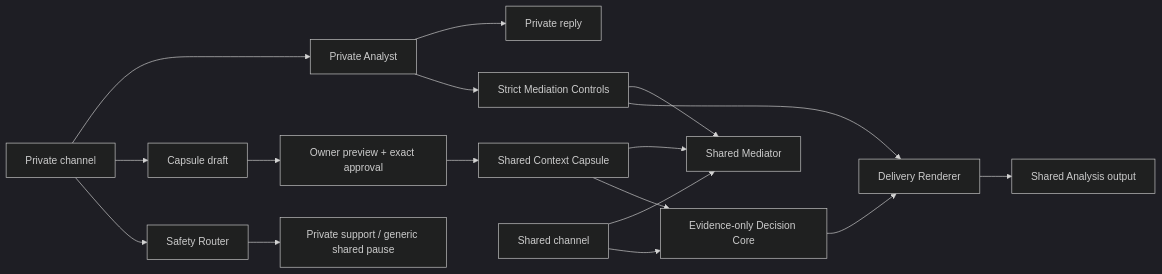
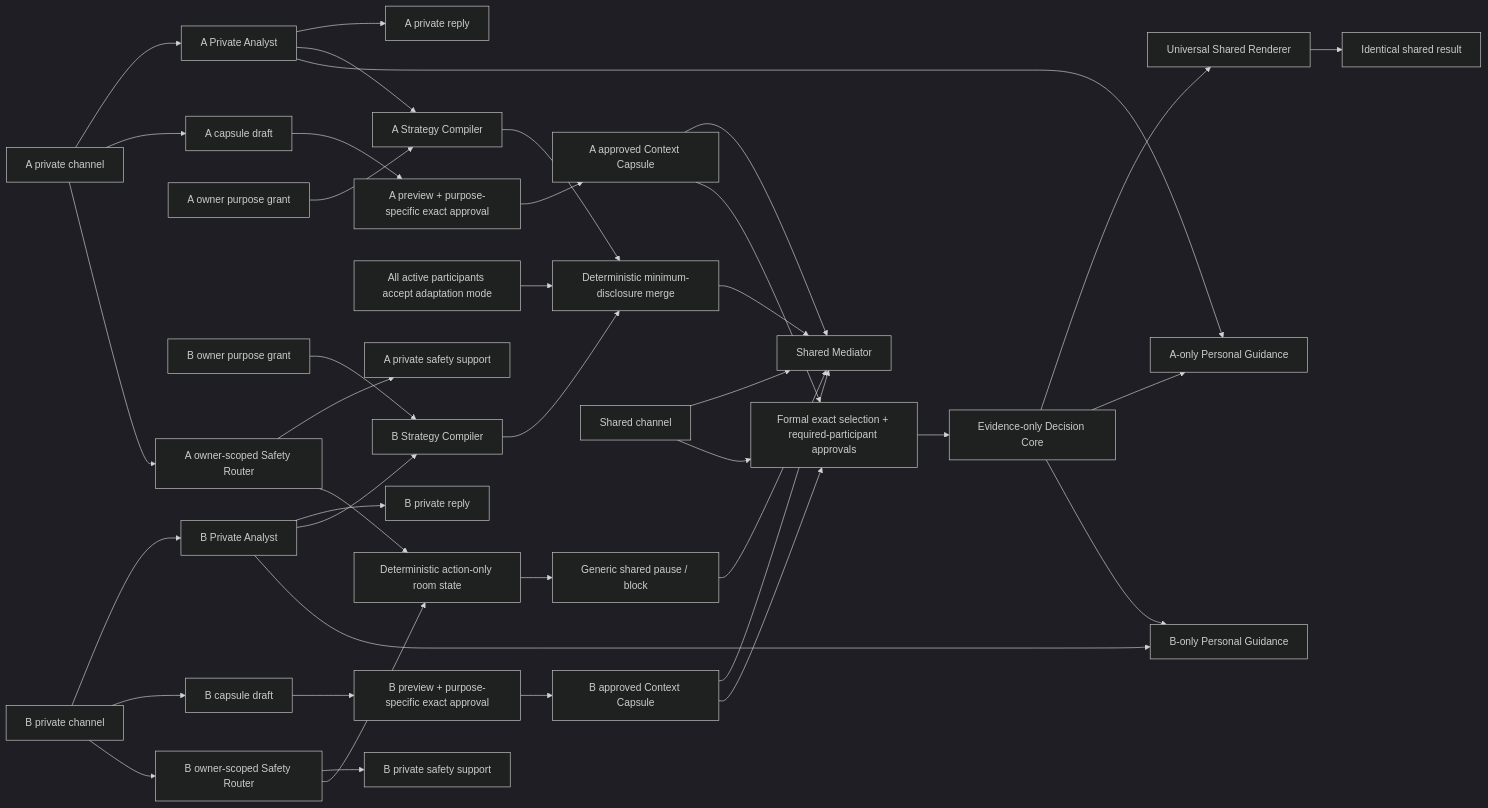
One commit to Alex0158/emorapy changed the diagram in docs/核心開發文件/07-待處理問題與治理/待處理/Chat私密上下文與共同調解隔離重構待辦-2026-07-12.md. Above: the diagram before and after it, drawn with Mermaid (dark theme). The commit also changed other lines of this file and 19 other files, not shown here.

Commit message:
docs: record production truth and refine private-context governance

````diff
--- a/docs/核心開發文件/07-待處理問題與治理/待處理/Chat私密上下文與共同調解隔離重構待辦-2026-07-12.md
+++ b/docs/核心開發文件/07-待處理問題與治理/待處理/Chat私密上下文與共同調解隔離重構待辦-2026-07-12.md
@@ -105,19 +116,42 @@
 ```mermaid
 flowchart LR
-  P["Private channel"] --> PA["Private Analyst"]
-  PA --> PR["Private reply"]
-  PA --> MS["Strict Mediation Controls"]
-  MS --> SM["Shared Mediator"]
-  P --> CD["Capsule draft"]
-  CD --> UA["Owner preview + exact approval"]
-  UA --> SC["Shared Context Capsule"]
+  PA["A private channel"] --> PAA["A Private Analyst"]
+  PB["B private channel"] --> PAB["B Private Analyst"]
+  PAA --> PRA["A private reply"]
+  PAB --> PRB["B private reply"]
+  GA["A owner purpose grant"] --> SCA["A Strategy Compiler"]
+  GB["B owner purpose grant"] --> SCB["B Strategy Compiler"]
+  PAA --> SCA["A Strategy Compiler"]
+  PAB --> SCB["B Strategy Compiler"]
+  SCA --> DM["Deterministic minimum-disclosure merge"]
+  SCB --> DM
+  AM["All active participants accept adaptation mode"] --> DM
+  DM --> SM["Shared Mediator"]
+  PA --> CDA["A capsule draft"]
+  PB --> CDB["B capsule draft"]
+  CDA --> UAA["A preview + purpose-specific exact approval"]
+  CDB --> UAB["B preview + purpose-specific exact approval"]
+  UAA --> CSA["A approved Context Capsule"]
+  UAB --> CSB["B approved Context Capsule"]
   S["Shared channel"] --> SM
-  SC --> SM
-  S --> DC["Evidence-only Decision Core"]
-  SC --> DC
-  DC --> DR["Delivery Renderer"]
-  MS --> DR
-  DR --> O["Shared Analysis output"]
-  P --> SR["Safety Router"]
-  SR --> PS["Private support / generic shared pause"]
+  CSA --> SM
+  CSB --> SM
+  S --> FG["Formal exact selection + required-participant approvals"]
+  CSA --> FG
+  CSB --> FG
+  FG --> DC["Evidence-only Decision Core"]
+  DC --> UR["Universal Shared Renderer"]
+  UR --> O["Identical shared result"]
+  DC --> PGA["A-only Personal Guidance"]
+  DC --> PGB["B-only Personal Guidance"]
+  PAA --> PGA
+  PAB --> PGB
+  PA --> SRA["A owner-scoped Safety Router"]
+  PB --> SRB["B owner-scoped Safety Router"]
+  SRA --> PSA["A private safety support"]
+  SRB --> PSB["B private safety support"]
+  SRA --> RS["Deterministic action-only room state"]
+  SRB --> RS
+  RS --> GP["Generic shared pause / block"]
+  GP --> SM
 ```
````
